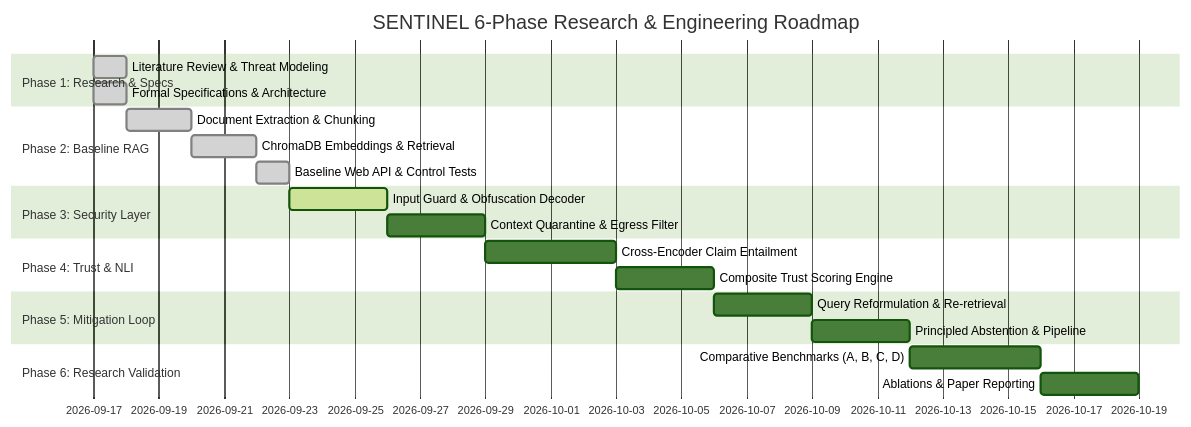
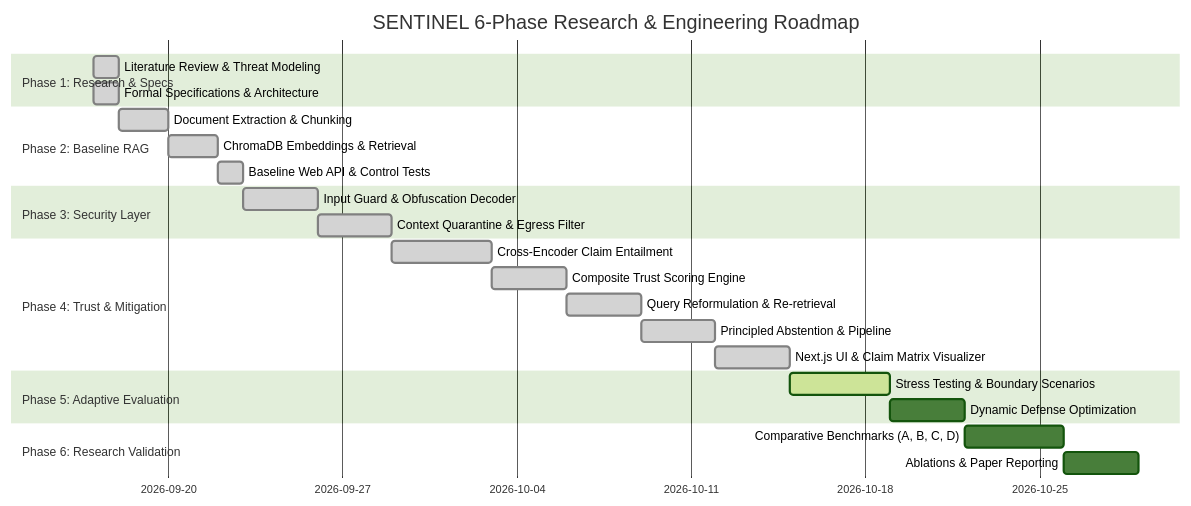
The second of 2 diagrams in README.md (sharadpawarsaini/sentinel-secure-trustworthy-rag), drawn with Mermaid (forest theme) before and after one commit. The commit also changed other lines of this file, not shown here.

Commit message:
docs: update README with full Phase 4 closed-loop telemetry, Next.js frontend, and 51-test verification matrix

````diff
--- a/README.md
+++ b/README.md
@@ -231,24 +240,27 @@
 ```mermaid
 gantt
     title SENTINEL 6-Phase Research & Engineering Roadmap
     dateFormat  YYYY-MM-DD
     section Phase 1: Research & Specs
     Literature Review & Threat Modeling :done, p1_1, 2026-09-17, 1d
     Formal Specifications & Architecture :done, p1_2, 2026-09-17, 1d
     section Phase 2: Baseline RAG
     Document Extraction & Chunking     :done, p2_1, 2026-09-18, 2d
     ChromaDB Embeddings & Retrieval     :done, p2_2, 2026-09-20, 2d
     Baseline Web API & Control Tests    :done, p2_3, 2026-09-22, 1d
     section Phase 3: Security Layer
-    Input Guard & Obfuscation Decoder   :active, p3_1, 2026-09-23, 3d
-    Context Quarantine & Egress Filter  :p3_2, after p3_1, 3d
-    section Phase 4: Trust & NLI
-    Cross-Encoder Claim Entailment      :p4_1, after p3_2, 4d
-    Composite Trust Scoring Engine      :p4_2, after p4_1, 3d
-    section Phase 5: Mitigation Loop
-    Query Reformulation & Re-retrieval  :p5_1, after p4_2, 3d
-    Principled Abstention & Pipeline    :p5_2, after p5_1, 3d
+    Input Guard & Obfuscation Decoder   :done, p3_1, 2026-09-23, 3d
+    Context Quarantine & Egress Filter  :done, p3_2, 2026-09-26, 3d
+    section Phase 4: Trust & Mitigation
+    Cross-Encoder Claim Entailment      :done, p4_1, 2026-09-29, 4d
+    Composite Trust Scoring Engine      :done, p4_2, 2026-10-03, 3d
+    Query Reformulation & Re-retrieval  :done, p4_3, 2026-10-06, 3d
+    Principled Abstention & Pipeline    :done, p4_4, 2026-10-09, 3d
+    Next.js UI & Claim Matrix Visualizer :done, p4_5, 2026-10-12, 3d
+    section Phase 5: Adaptive Evaluation
+    Stress Testing & Boundary Scenarios :active, p5_1, 2026-10-15, 4d
+    Dynamic Defense Optimization        :p5_2, after p5_1, 3d
     section Phase 6: Research Validation
     Comparative Benchmarks (A, B, C, D) :p6_1, after p5_2, 4d
     Ablations & Paper Reporting         :p6_2, after p6_1, 3d
 ```
````
